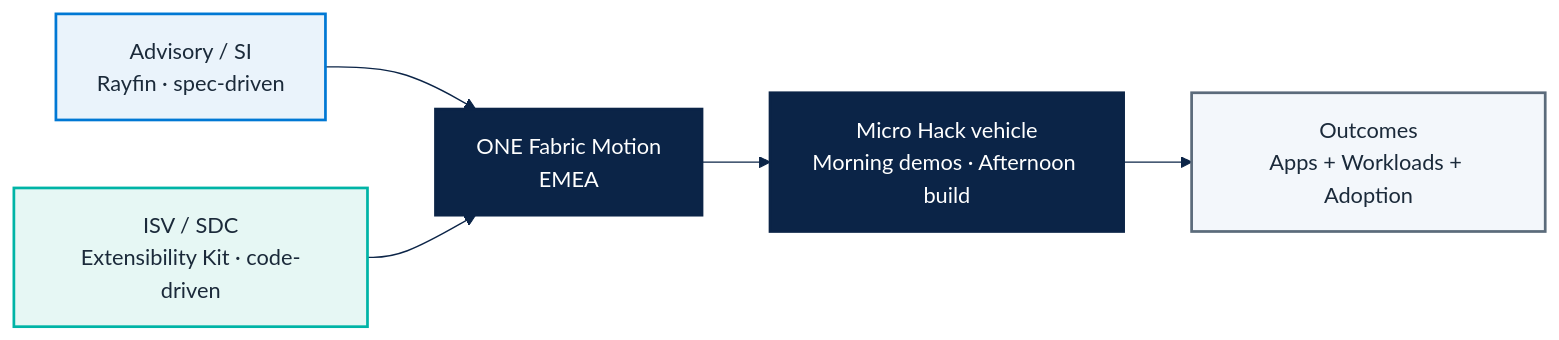
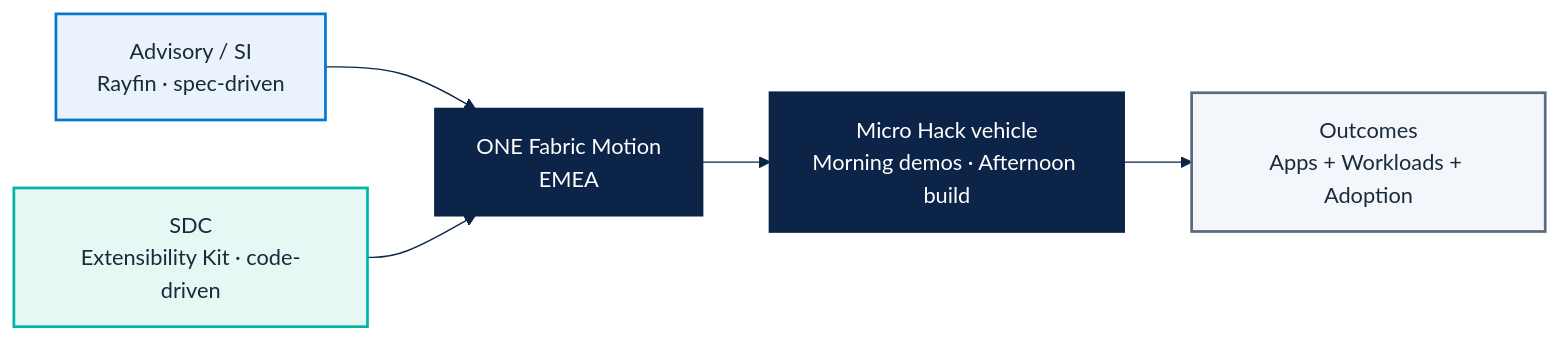
One commit to fredgis/FY27FabricMotion changed the diagram in docs/motion-brief.md. Above: the diagram before and after it, drawn with Mermaid. The commit also changed other lines of this file and 36 other files, not shown here.

````diff
--- a/docs/motion-brief.md
+++ b/docs/motion-brief.md
@@ -14,23 +14,23 @@
 ```mermaid
 %%{init: {'theme':'base','themeVariables':{
   'primaryColor':'#EAF3FB',
   'primaryTextColor':'#1B2A3A',
   'primaryBorderColor':'#0078D4',
   'lineColor':'#0B2447',
   'secondaryColor':'#E6F7F4',
   'tertiaryColor':'#F3F7FB'
 }}}%%
 flowchart LR
     A["Advisory / SI<br/>Rayfin · spec-driven"] --> C["ONE Fabric Motion<br/>EMEA"]
-    B["ISV / SDC<br/>Extensibility Kit · code-driven"] --> C
+    B["SDC<br/>Extensibility Kit · code-driven"] --> C
     C --> D["Micro Hack vehicle<br/>Morning demos · Afternoon build"]
     D --> E["Outcomes<br/>Apps + Workloads + Adoption"]
     classDef advisory fill:#EAF3FB,stroke:#0078D4,color:#1B2A3A,stroke-width:2px;
     classDef isv fill:#E6F7F4,stroke:#00B4A6,color:#1B2A3A,stroke-width:2px;
     classDef core fill:#0B2447,stroke:#0B2447,color:#FFFFFF,stroke-width:2px;
     classDef out fill:#F3F7FB,stroke:#5B6B7B,color:#1B2A3A,stroke-width:2px;
     class A advisory;
     class B isv;
     class C,D core;
     class E out;
 ```
````
